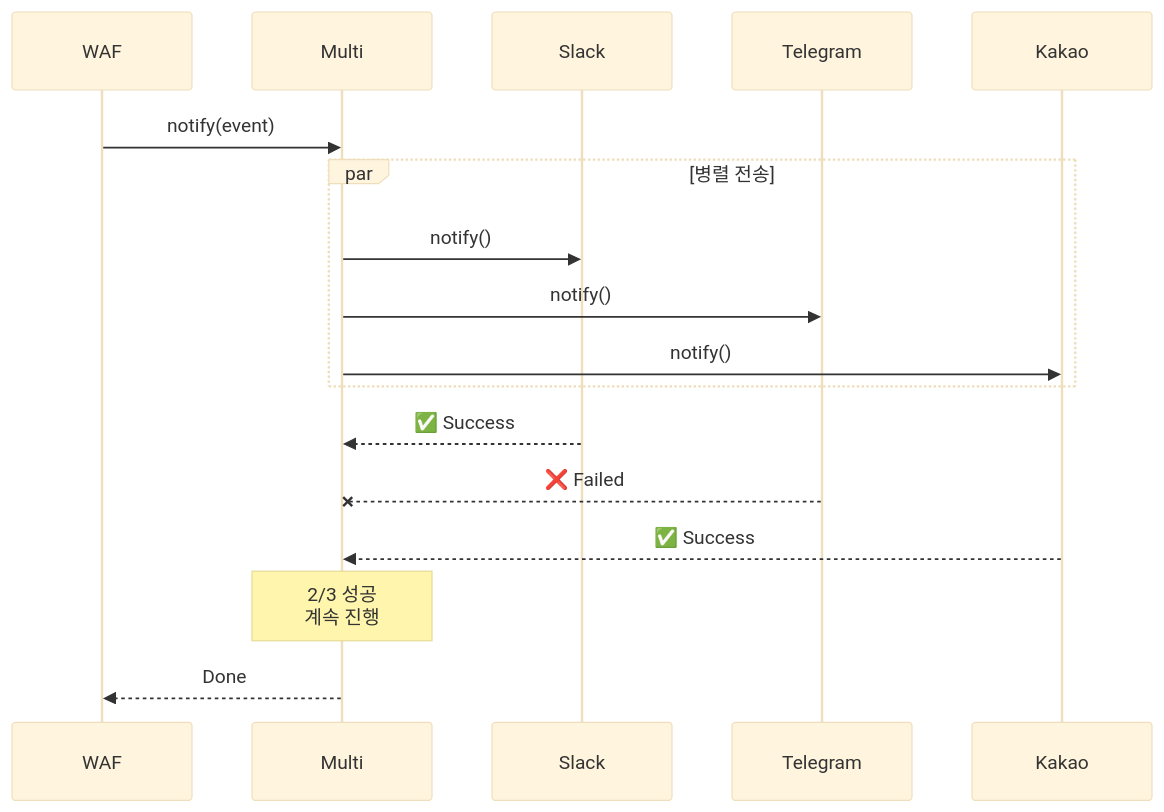
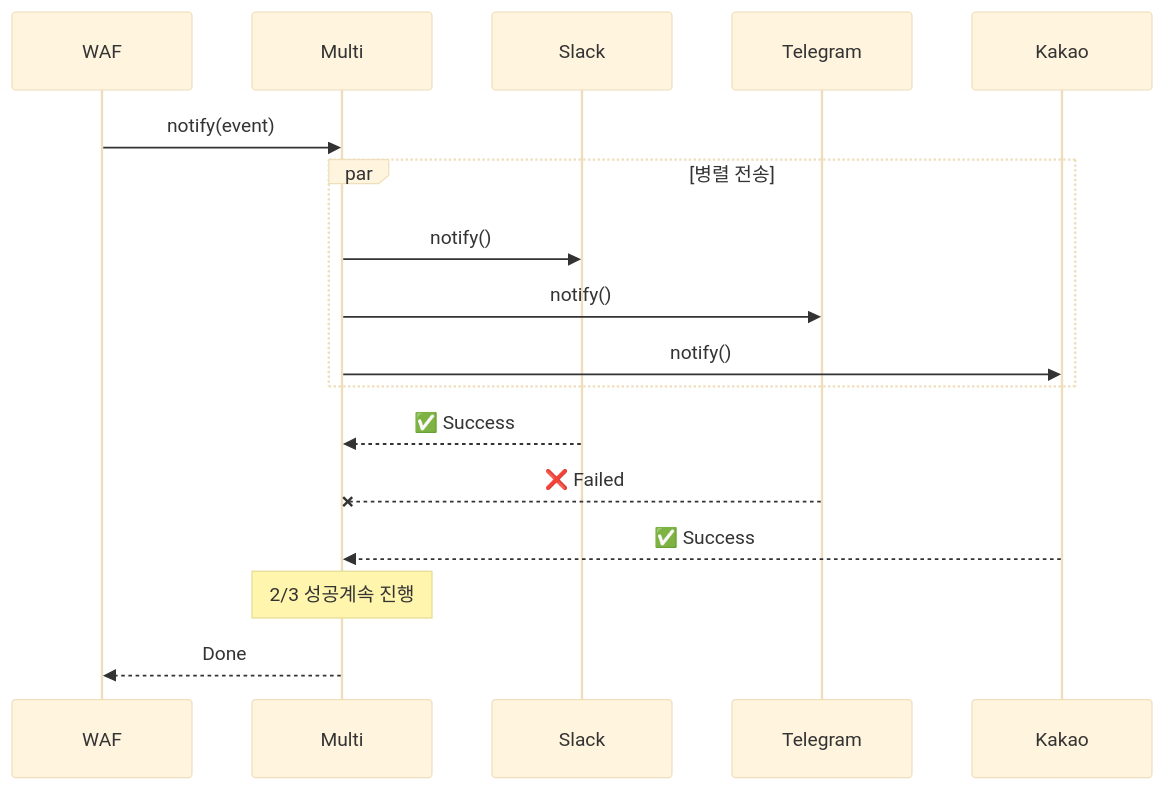
One commit to BrianChanLEE/jwt-waf changed the second of 2 diagrams in docs/NOTIFICATIONS.md. Above: the diagram before and after it, drawn with Mermaid (base theme). The commit also changed other lines of this file and 3 other files, not shown here.

````diff
--- a/docs/NOTIFICATIONS.md
+++ b/docs/NOTIFICATIONS.md
@@ -246,23 +246,23 @@
 ```mermaid
 sequenceDiagram
     participant WAF
     participant Multi
     participant Slack
     participant Telegram
     participant Kakao
     
     WAF->>Multi: notify(event)
     
     par 병렬 전송
         Multi->>Slack: notify()
         Multi->>Telegram: notify()
         Multi->>Kakao: notify()
     end
     
     Slack-->>Multi: ✅ Success
     Telegram--xMulti: ❌ Failed
     Kakao-->>Multi: ✅ Success
     
-    Note over Multi: 2/3 성공<br/>계속 진행
+    Note over Multi: 2/3 성공계속 진행
     Multi-->>WAF: Done
 ```
````
